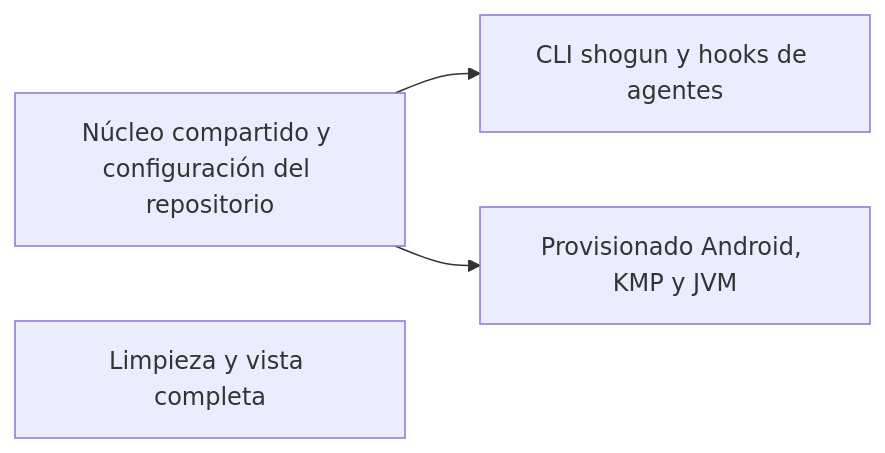
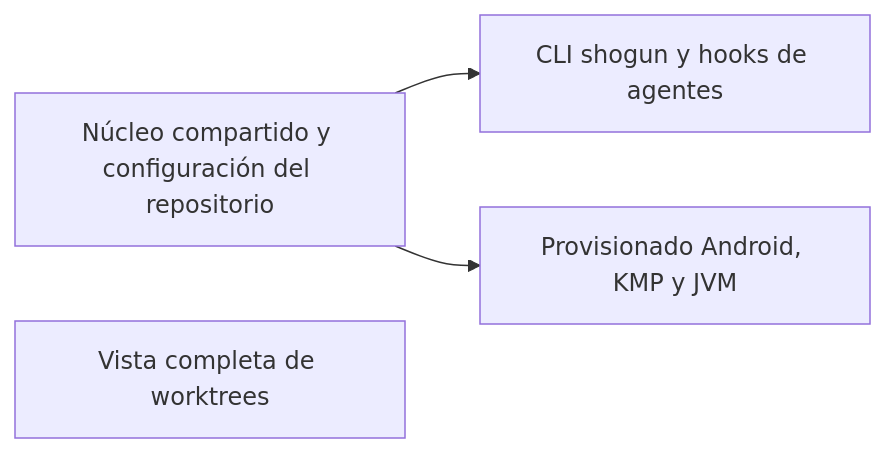
One commit to LuxionServer/ShogunAi changed the diagram in docs/roadmap.es.md. Above: the diagram before and after it, drawn with Mermaid. The commit also changed other lines of this file and 10 other files, not shown here.

````diff
--- a/docs/roadmap.es.md
+++ b/docs/roadmap.es.md
@@ -17,6 +17,6 @@
 ```mermaid
 graph LR
     A["Núcleo compartido y configuración del repositorio"] --> B["CLI shogun y hooks de agentes"]
     A --> D["Provisionado Android, KMP y JVM"]
-    E["Limpieza y vista completa"]
+    E["Vista completa de worktrees"]
 ```
````
